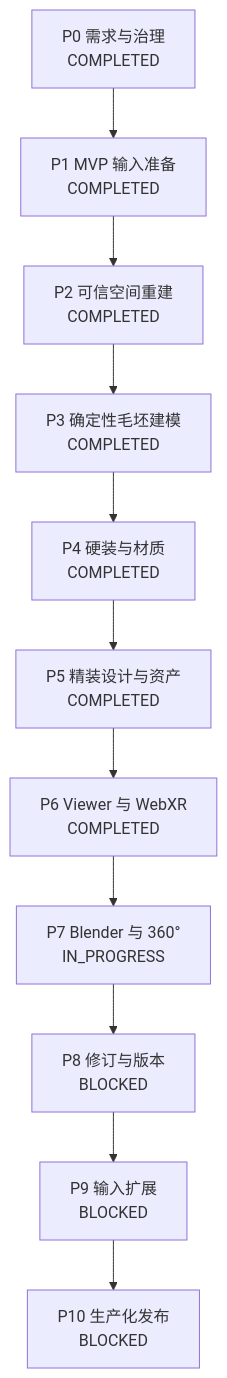
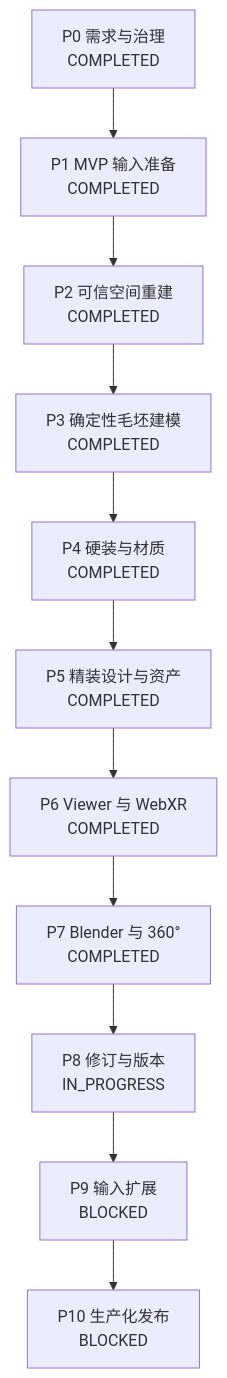
One commit to keson-skill/VR-3D-Skill changed the second of 2 diagrams in 需求文档.md. Above: the diagram before and after it, drawn with Mermaid. The commit also changed other lines of this file and 15 other files, not shown here.

````diff
--- a/需求文档.md
+++ b/需求文档.md
@@ -438,13 +438,13 @@
 ```mermaid
 flowchart TD
     P0["P0 需求与治理<br/>COMPLETED"] --> P1["P1 MVP 输入准备<br/>COMPLETED"]
     P1 --> P2["P2 可信空间重建<br/>COMPLETED"]
     P2 --> P3["P3 确定性毛坯建模<br/>COMPLETED"]
     P3 --> P4["P4 硬装与材质<br/>COMPLETED"]
     P4 --> P5["P5 精装设计与资产<br/>COMPLETED"]
     P5 --> P6["P6 Viewer 与 WebXR<br/>COMPLETED"]
-    P6 --> P7["P7 Blender 与 360°<br/>IN_PROGRESS"]
-    P7 --> P8["P8 修订与版本<br/>BLOCKED"]
+    P6 --> P7["P7 Blender 与 360°<br/>COMPLETED"]
+    P7 --> P8["P8 修订与版本<br/>IN_PROGRESS"]
     P8 --> P9["P9 输入扩展<br/>BLOCKED"]
     P9 --> P10["P10 生产化发布<br/>BLOCKED"]
 ```
````
